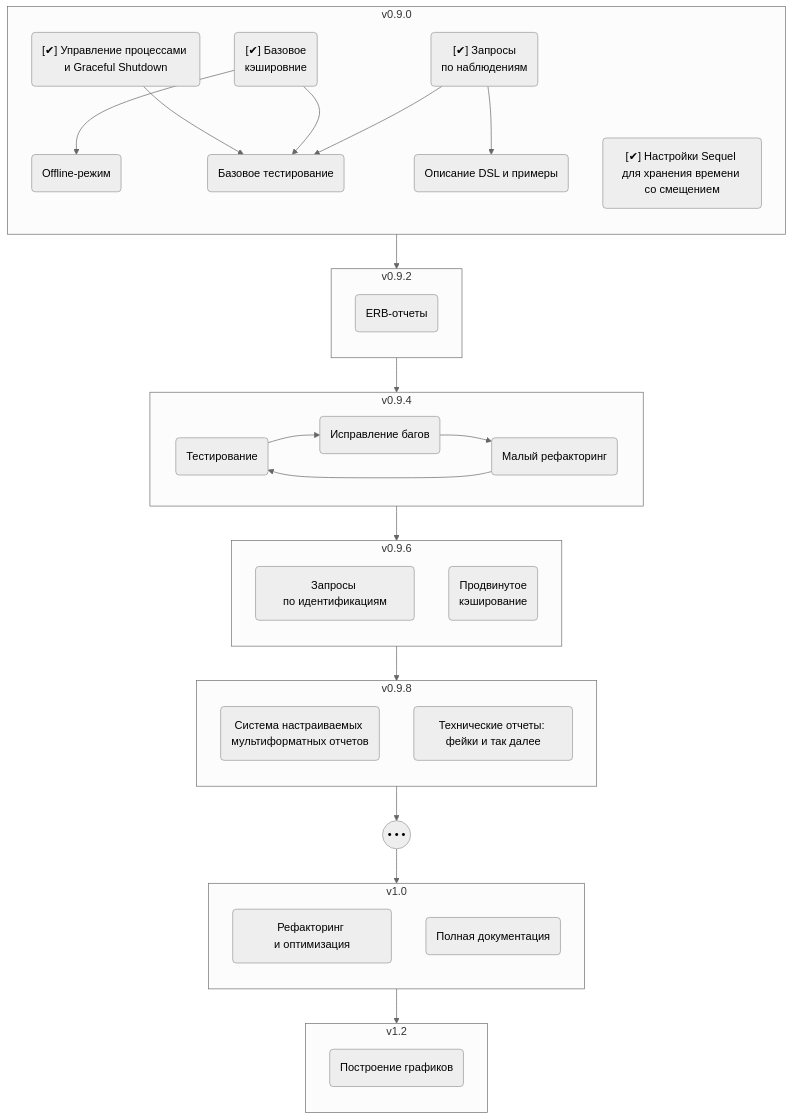
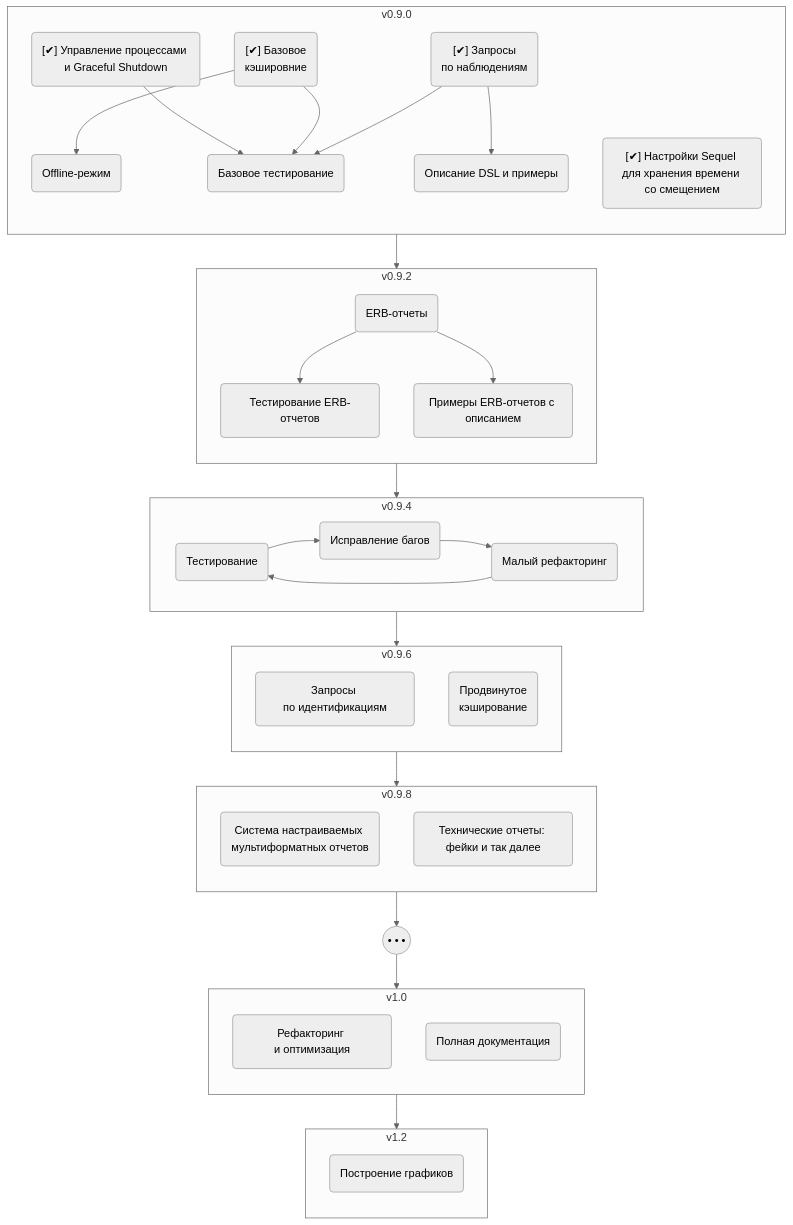
Before and after one commit to inat-get/inat-get: the diagram in share/inat-get/dev-docs/roadmap.md, drawn with Mermaid (neutral theme).

Commit message:
minor in roadmap

````diff
--- a/share/inat-get/dev-docs/roadmap.md
+++ b/share/inat-get/dev-docs/roadmap.md
@@ -2,70 +2,74 @@
 ```mermaid
 flowchart TB
 
   subgraph R090 ["v0.9.0"]
     direction TB
     Observs("[✔] Запросы<br>по наблюдениям")
     Caching("[✔] Базовое<br>кэшировние")
     Shutdown("[✔] Управление процессами и Graceful Shutdown")
     Timing("[✔] Настройки Sequel для хранения времени со смещением")
     Offline("Offline-режим")
     BaseTesting("Базовое тестирование")
     BaseDoc("Описание DSL и примеры")
   end
 
   subgraph R092 ["v0.9.2"]
     direction TB
     ERB("ERB-отчеты")
-
+    ERBTests("Тестирование ERB-отчетов")
+    ERBSamples("Примеры ERB-отчетов с описанием")
   end
 
   subgraph R094 ["v0.9.4"]
     direction LR
     Testing("Тестирование")
     Debugging("Исправление багов")
     Ref1("Малый рефакторинг")
   end
 
   subgraph R096 ["v0.9.6"]
     direction TB
     Idents("Запросы по идентификациям")
     AdvCaching("Продвинутое<br>кэширование")
   end
 
   subgraph R098 ["v0.9.8"]
     direction TB
     Reporting("Система настраиваемых мультиформатных отчетов")
     TechReps("Технические отчеты: фейки и так далее")
   end
 
   Smth(("• • •"))
 
   subgraph R100 ["v1.0"]
     direction TB
     Refactoring("Рефакторинг и оптимизация")
     Documenting("Полная документация")
   end
 
   subgraph R120 ["v1.2"]
     direction TB
     Graphics("Построение графиков")
   end
 
   R090 --> R092
   R092 --> R094
   R094 --> R096
   R096 --> R098
   R098 --> Smth
   Smth --> R100
   R100 --> R120
 
   Caching --> Offline
   Observs --> BaseTesting
   Caching --> BaseTesting
   Shutdown --> BaseTesting
   Observs --> BaseDoc
 
+  ERB --> ERBTests
+  ERB --> ERBSamples
+
   Testing --> Debugging
   Debugging --> Ref1
   Ref1 --> Testing
 ```
````
